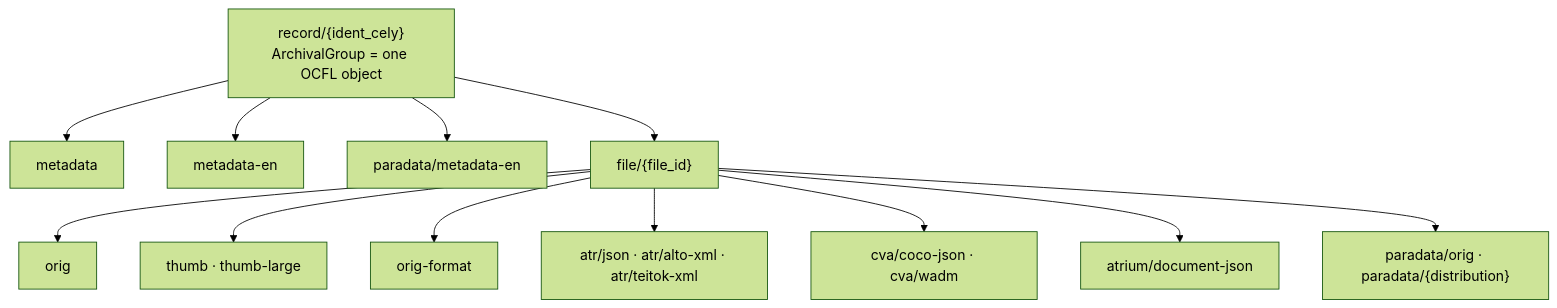
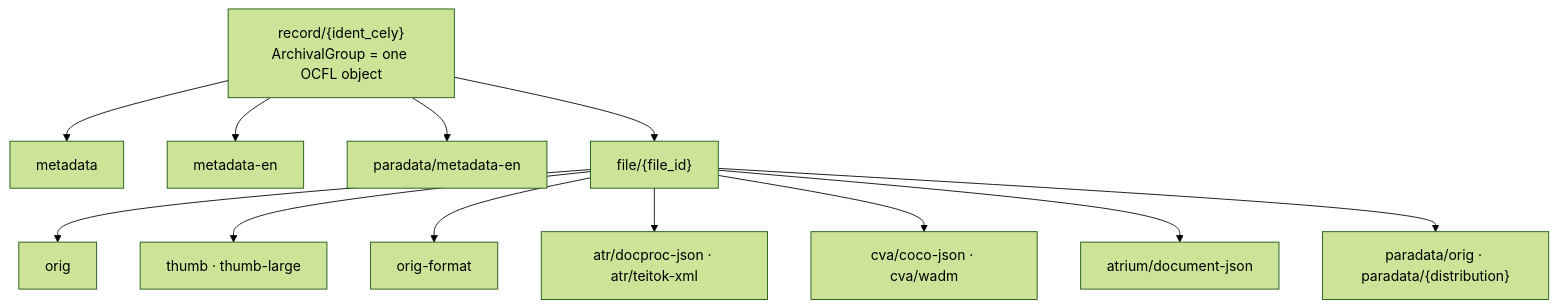
The first of 5 diagrams in docs/source/06_funkcionalita/ukladani_souboru.rst (ARUP-CAS/aiscr-webamcr), drawn with Mermaid (forest theme) before and after one commit. The commit also changed other lines of this file, not shown here.

Commit message:
[docs] Kontrakt ukládání: dvě úrovně výstupů ATRIUM, bez ALTO (#2590)

```diff
--- a/docs/source/06_funkcionalita/ukladani_souboru.rst
+++ b/docs/source/06_funkcionalita/ukladani_souboru.rst
@@ -48,15 +48,15 @@
 .. mermaid::
    :align: center
 
    flowchart TD
        R["record/{ident_cely}<br/>ArchivalGroup = one OCFL object"] --> M["metadata"]
        R --> ME["metadata-en"]
        R --> RP["paradata/metadata-en"]
        R --> F["file/{file_id}"]
        F --> O["orig"]
        F --> T["thumb · thumb-large"]
        F --> OF["orig-format"]
-       F --> AT["atr/json · atr/alto-xml · atr/teitok-xml"]
+       F --> AT["atr/docproc-json · atr/teitok-xml"]
        F --> CV["cva/coco-json · cva/wadm"]
        F --> DJ["atrium/document-json"]
        F --> P["paradata/orig · paradata/{distribution}"]
```
